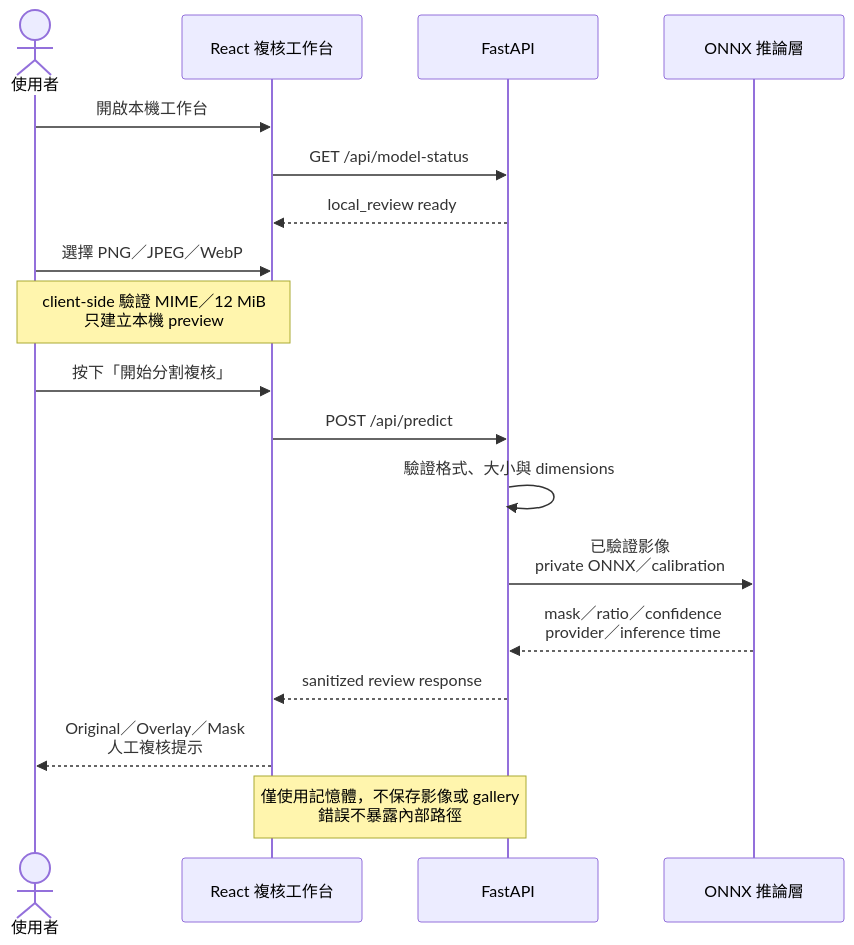
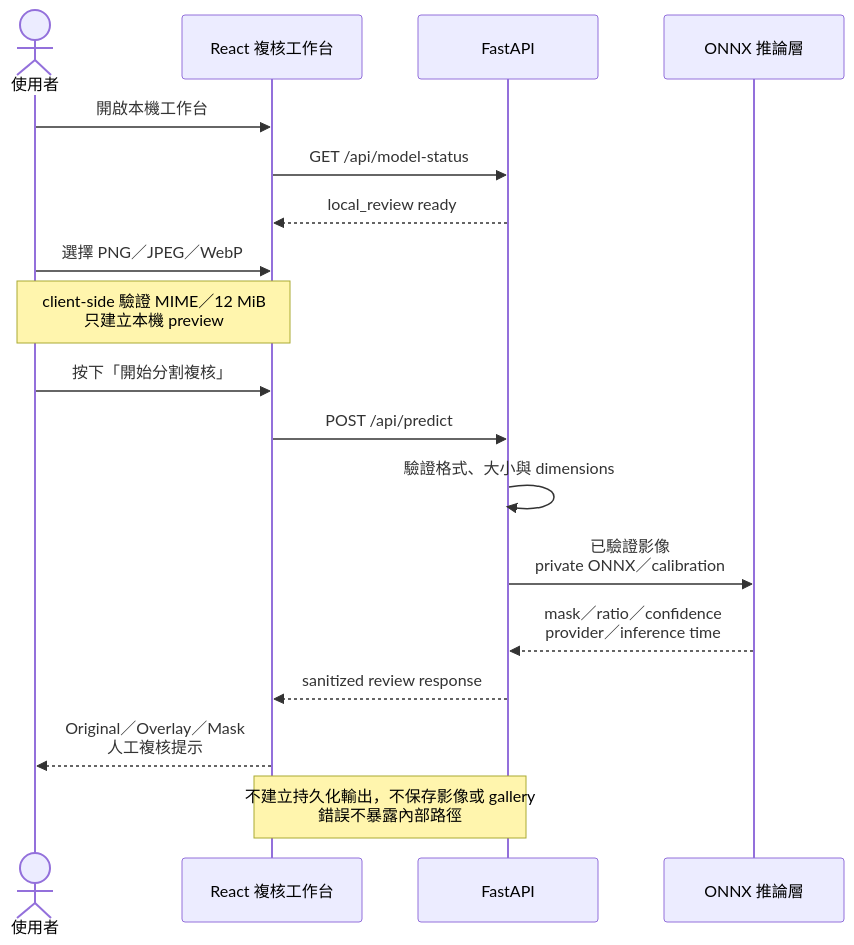
One commit to kuotunyu/WoundScope changed the third of 3 diagrams in README.md. Above: the diagram before and after it, drawn with Mermaid. The commit also changed other lines of this file, not shown here.

````diff
--- a/README.md
+++ b/README.md
@@ -136,22 +136,22 @@
 ```mermaid
 %%{init: {"themeVariables": {"fontSize": "22px", "fontFamily": "Arial, sans-serif"}, "sequence": {"diagramMarginX": 24, "diagramMarginY": 16, "actorMargin": 36, "width": 180, "height": 64, "boxMargin": 10, "noteMargin": 12, "messageMargin": 44}}}%%
 sequenceDiagram
     actor User as 使用者
     participant UI as React 複核工作台
     participant API as FastAPI
     participant ONNX as ONNX 推論層
 
     User->>UI: 開啟本機工作台
     UI->>API: GET /api/model-status
     API-->>UI: local_review ready
     User->>UI: 選擇 PNG／JPEG／WebP
     Note over User,UI: client-side 驗證 MIME／12 MiB<br/>只建立本機 preview
     User->>UI: 按下「開始分割複核」
     UI->>API: POST /api/predict
     API->>API: 驗證格式、大小與 dimensions
     API->>ONNX: 已驗證影像<br/>private ONNX／calibration
     ONNX-->>API: mask／ratio／confidence<br/>provider／inference time
     API-->>UI: sanitized review response
     UI-->>User: Original／Overlay／Mask<br/>人工複核提示
-    Note over UI,API: 僅使用記憶體，不保存影像或 gallery<br/>錯誤不暴露內部路徑
+    Note over UI,API: 不建立持久化輸出，不保存影像或 gallery<br/>錯誤不暴露內部路徑
 ```
````
